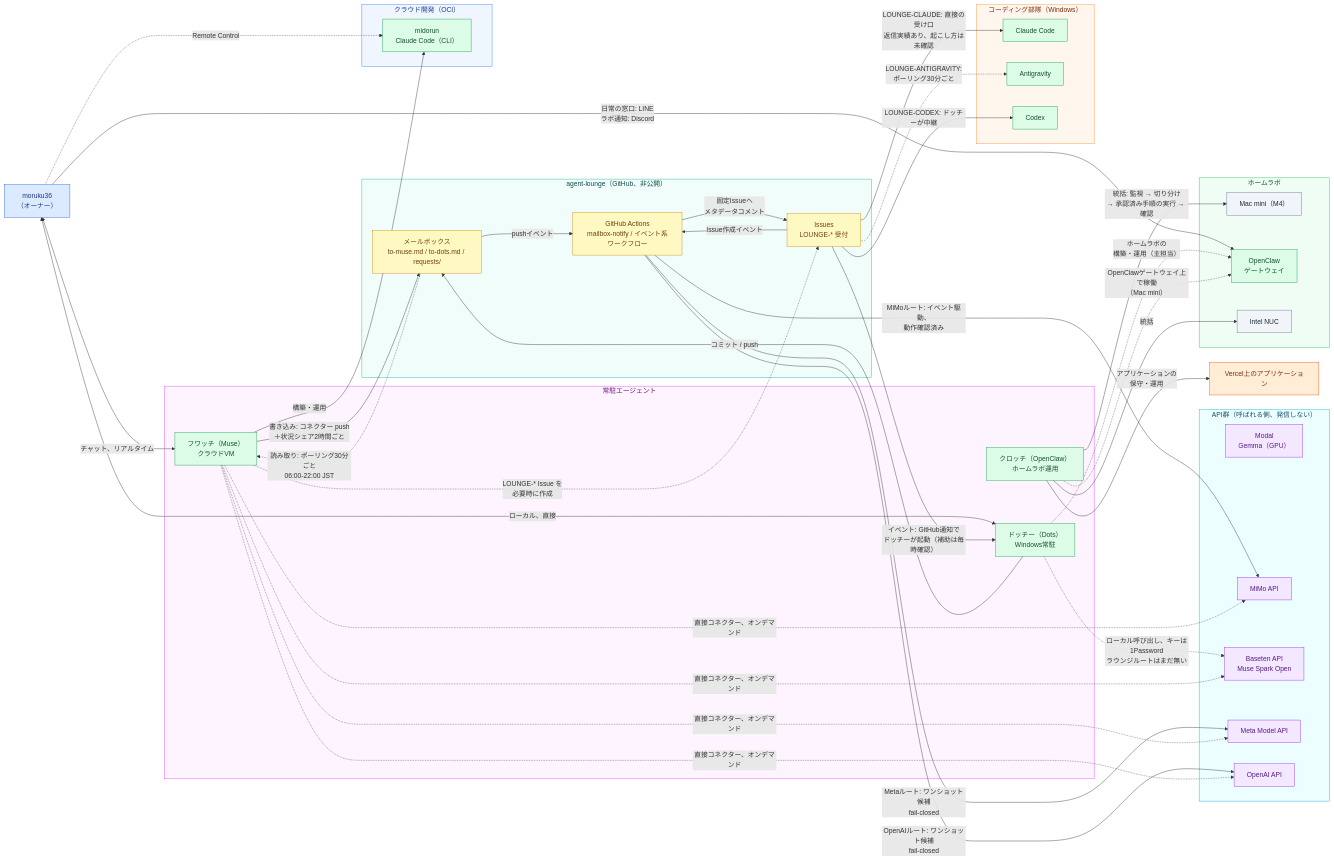
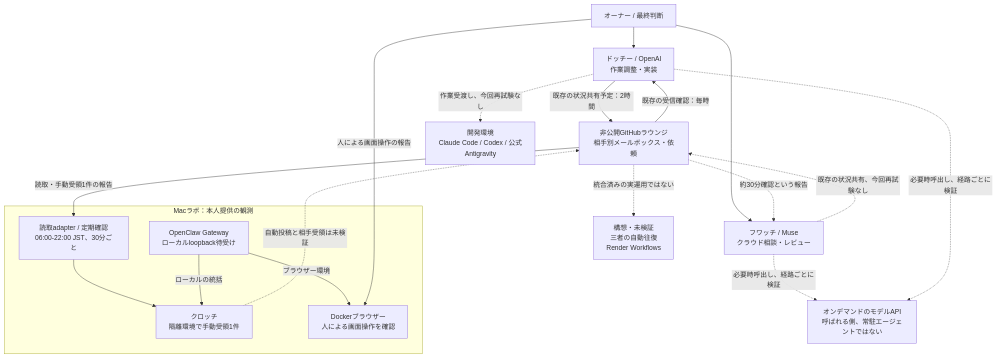
One commit to moruku36/multi-ai-workflow changed the diagram in tools/architecture/network-topology.ja.mmd. Above: the diagram before and after it, drawn with Mermaid. The commit also changed 7 other files, not shown here.

Commit message:
docs: refresh November 6 current architecture and logical topology

```diff
--- a/tools/architecture/network-topology.ja.mmd
+++ b/tools/architecture/network-topology.ja.mmd
@@ -1,95 +1,30 @@
-flowchart LR
-    MORI["moruku36<br/>（オーナー）"]
-
-    subgraph RESIDENTS["常駐エージェント"]
-        FUWA["フワッチ（Muse）<br/>クラウドVM"]
-        DOTS["ドッチー（Dots）<br/>Windows常駐"]
-        KURO["クロッチ（OpenClaw）<br/>ホームラボ運用"]
+flowchart TB
+    OWNER["オーナー / 最終判断"]
+    DOTS["ドッチー / OpenAI<br/>作業調整・実装"]
+    MUSE["フワッチ / Muse<br/>クラウド相談・レビュー"]
+    LOUNGE["非公開GitHubラウンジ<br/>相手別メールボックス・依頼"]
+    subgraph MAC["Macラボ：本人提供の観測"]
+        GATE["OpenClaw Gateway<br/>ローカルloopback待受け"]
+        ADAPTER["読取adapter / 定期確認<br/>06:00-22:00 JST、30分ごと"]
+        KURO["クロッチ<br/>隔離環境で手動受領1件"]
+        BROWSER["Dockerブラウザー<br/>人による画面操作を確認"]
     end
-
-    subgraph LOUNGE["agent-lounge（GitHub、非公開）"]
-        FILES["メールボックス<br/>to-muse.md / to-dots.md / requests/"]
-        ACTIONS["GitHub Actions<br/>mailbox-notify / イベント系ワークフロー"]
-        ISSUES["Issues<br/>LOUNGE-* 受付"]
-    end
-
-    subgraph APIS["API群（呼ばれる側、発信しない）"]
-        MODAL["Modal<br/>Gemma（GPU）"]
-        MIMO["MiMo API"]
-        BASETEN["Baseten API<br/>Muse Spark Open"]
-        META["Meta Model API"]
-        OPENAI["OpenAI API"]
-    end
-
-    subgraph SQUAD["コーディング部隊（Windows）"]
-        CC["Claude Code"]
-        AG["Antigravity"]
-        CODEX["Codex"]
-    end
-
-    subgraph CLOUDDEV["クラウド開発（OCI）"]
-        MID["midorun<br/>Claude Code（CLI）"]
-    end
-
-    subgraph LAB["ホームラボ"]
-        MAC["Mac mini（M4）"]
-        OC["OpenClaw<br/>ゲートウェイ"]
-        NUC["Intel NUC"]
-    end
-
-    VERCEL["Vercel上のアプリケーション"]
-
-    MORI <-->|"チャット、リアルタイム"| FUWA
-    MORI <-->|"ローカル、直接"| DOTS
-
-    FUWA -->|"書き込み: コネクター push<br/>＋状況シェア2時間ごと"| FILES
-    FILES -.->|"読み取り: ポーリング30分ごと<br/>06:00-22:00 JST"| FUWA
-    DOTS -->|"コミット / push"| FILES
-    FILES -->|"pushイベント"| ACTIONS
-    ACTIONS -->|"固定Issueへ<br/>メタデータコメント"| ISSUES
-    ISSUES -->|"Issue作成イベント"| ACTIONS
-    ISSUES -->|"イベント: GitHub通知で<br/>ドッチーが起動（補助は毎時確認）"| DOTS
-    FUWA -.->|"LOUNGE-* Issue を<br/>必要時に作成"| ISSUES
-
-    ACTIONS -->|"MiMoルート: イベント駆動、<br/>動作確認済み"| MIMO
-    ACTIONS -->|"Metaルート: ワンショット候補<br/>fail-closed"| META
-    ACTIONS -->|"OpenAIルート: ワンショット候補<br/>fail-closed"| OPENAI
-    DOTS -.->|"ローカル呼び出し、キーは1Password<br/>ラウンジルートはまだ無い"| BASETEN
-    FUWA -.->|"直接コネクター、オンデマンド"| MIMO
-    FUWA -.->|"直接コネクター、オンデマンド"| META
-    FUWA -.->|"直接コネクター、オンデマンド"| BASETEN
-    FUWA -.->|"直接コネクター、オンデマンド"| OPENAI
-
-    ISSUES -->|"LOUNGE-CLAUDE: 直接の受け口<br/>返信実績あり、起こし方は未確認"| CC
-    ISSUES -.->|"LOUNGE-ANTIGRAVITY:<br/>ポーリング30分ごと"| AG
-    ISSUES -->|"LOUNGE-CODEX: ドッチーが中継"| CODEX
-
-    FUWA -->|"構築・運用"| MID
-    MORI -.->|"Remote Control"| MID
-
-    MORI -->|"日常の窓口: LINE<br/>ラボ通知: Discord"| OC
-    DOTS -.->|"ホームラボの<br/>構築・運用（主担当）"| OC
-    KURO -.->|"OpenClawゲートウェイ上で稼働<br/>（Mac mini）"| OC
-    KURO -->|"統括: 監視 → 切り分け<br/>→ 承認済み手順の実行 → 確認"| MAC
-    KURO -->|"統括"| NUC
-    KURO -->|"アプリケーションの<br/>保守・運用"| VERCEL
-
-    classDef user fill:#dbeafe,stroke:#2563eb,color:#1e3a8a
-    classDef agent fill:#dcfce7,stroke:#16a34a,color:#14532d
-    classDef hub fill:#fef9c3,stroke:#ca8a04,color:#713f12
-    classDef external fill:#f3e8ff,stroke:#9333ea,color:#581c87
-    classDef app fill:#ffedd5,stroke:#ea580c,color:#7c2d12
-    classDef host fill:#f1f5f9,stroke:#64748b,color:#1e293b
-    class MORI user
-    class FUWA,DOTS,KURO,CC,CODEX,AG,OC,MID agent
-    class FILES,ISSUES,ACTIONS hub
-    class MIMO,META,OPENAI,BASETEN,MODAL external
-    class VERCEL app
-    class MAC,NUC host
-
-    style RESIDENTS fill:#fdf4ff,stroke:#d946ef,color:#701a75
-    style LOUNGE fill:#f0fdfa,stroke:#14b8a6,color:#134e4a
-    style APIS fill:#ecfeff,stroke:#06b6d4,color:#164e63
-    style SQUAD fill:#fff7ed,stroke:#fb923c,color:#7c2d12
-    style CLOUDDEV fill:#eff6ff,stroke:#3b82f6,color:#1e3a8a
-    style LAB fill:#f0fdf4,stroke:#22c55e,color:#14532d
+    WORKERS["開発環境<br/>Claude Code / Codex / 公式Antigravity"]
+    API["オンデマンドのモデルAPI<br/>呼ばれる側、常駐エージェントではない"]
+    FUTURE["構想・未検証<br/>三者の自動往復<br/>Render Workflows"]
+    OWNER --> DOTS
+    OWNER --> MUSE
+    DOTS -->|"既存の状況共有予定：2時間"| LOUNGE
+    LOUNGE -->|"既存の受信確認：毎時"| DOTS
+    MUSE -.->|"既存の状況共有、今回再試験なし"| LOUNGE
+    LOUNGE -.->|"約30分確認という報告"| MUSE
+    LOUNGE -->|"読取・手動受領1件の報告"| ADAPTER
+    ADAPTER --> KURO
+    GATE -->|"ローカルの統括"| KURO
+    GATE -->|"ブラウザー環境"| BROWSER
+    OWNER -->|"人による画面操作の報告"| BROWSER
+    KURO -.->|"自動投稿と相手受領は未検証"| LOUNGE
+    DOTS -.->|"作業受渡し、今回再試験なし"| WORKERS
+    MUSE -.->|"必要時呼出し、経路ごとに検証"| API
+    DOTS -.->|"必要時呼出し、経路ごとに検証"| API
+    LOUNGE -.->|"統合済みの実運用ではない"| FUTURE
```
